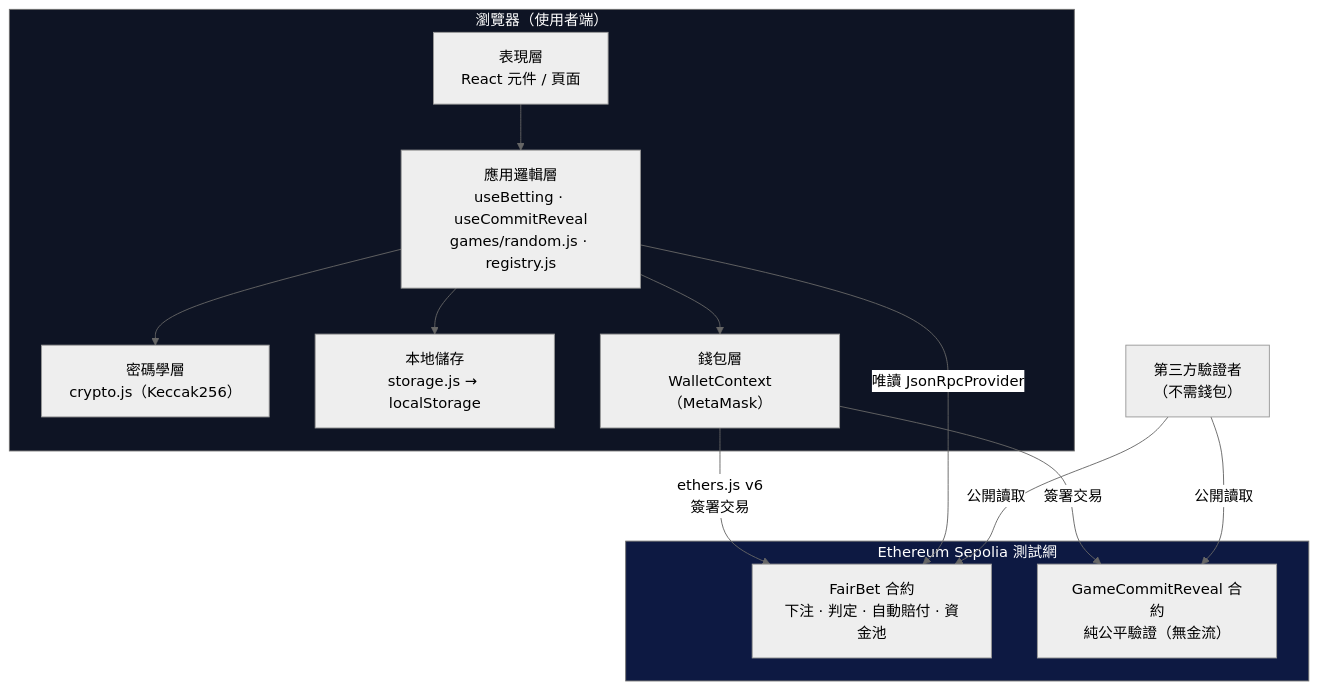
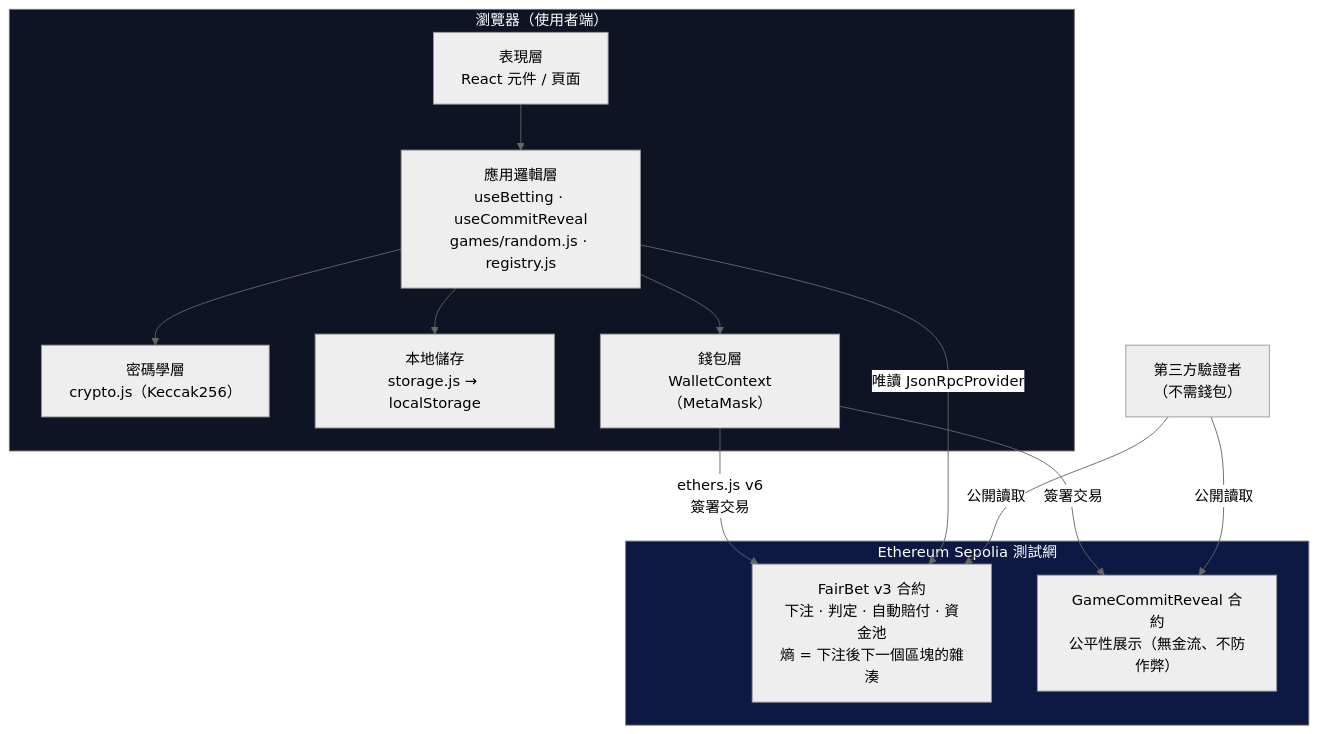
One commit to chien0701/Blockchain-Game changed the first of 4 diagrams in docs/ARCHITECTURE.md. Above: the diagram before and after it, drawn with Mermaid (neutral theme). The commit also changed other lines of this file and 49 other files, not shown here.

````diff
--- a/docs/ARCHITECTURE.md
+++ b/docs/ARCHITECTURE.md
@@ -8,30 +10,30 @@
 ```mermaid
 graph TB
     subgraph Browser["瀏覽器（使用者端）"]
         UI["表現層<br/>React 元件 / 頁面"]
         LOGIC["應用邏輯層<br/>useBetting · useCommitReveal<br/>games/random.js · registry.js"]
         CRYPTO["密碼學層<br/>crypto.js（Keccak256）"]
         STORE["本地儲存<br/>storage.js → localStorage"]
         WALLET["錢包層<br/>WalletContext（MetaMask）"]
     end
 
     subgraph Chain["Ethereum Sepolia 測試網"]
-        FB["FairBet 合約<br/>下注 · 判定 · 自動賠付 · 資金池"]
-        CR["GameCommitReveal 合約<br/>純公平驗證（無金流）"]
+        FB["FairBet v3 合約<br/>下注 · 判定 · 自動賠付 · 資金池<br/>熵 = 下注後下一個區塊的雜湊"]
+        CR["GameCommitReveal 合約<br/>公平性展示（無金流、不防作弊）"]
     end
 
     EXT["第三方驗證者<br/>（不需錢包）"]
 
     UI --> LOGIC
     LOGIC --> CRYPTO
     LOGIC --> STORE
     LOGIC --> WALLET
     WALLET -->|"ethers.js v6<br/>簽署交易"| FB
     WALLET -->|"簽署交易"| CR
     LOGIC -->|"唯讀 JsonRpcProvider"| FB
     EXT -->|"公開讀取"| FB
     EXT -->|"公開讀取"| CR
 
     style Chain fill:#0d1942,color:#fff
     style Browser fill:#0e1424,color:#fff
 ```
````
